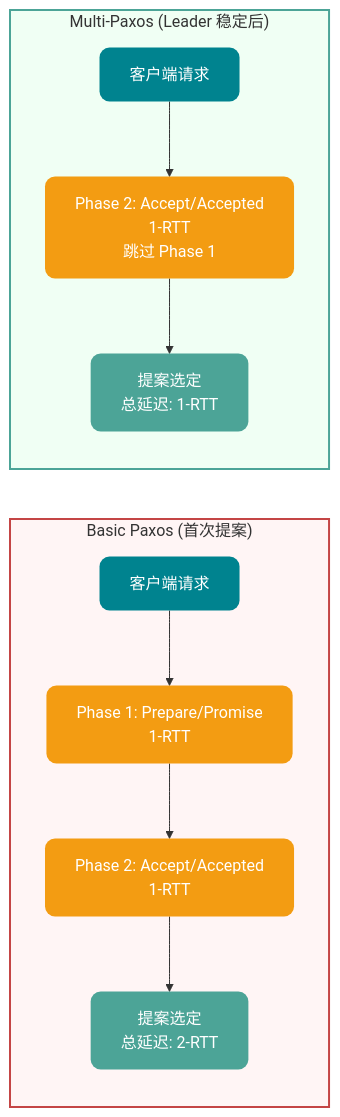
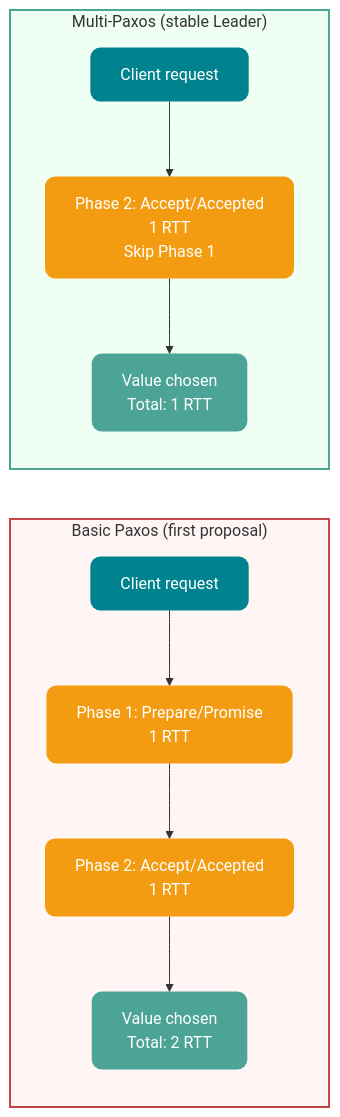
Before and after one commit to m3h3d1/JavaGuideEn: the fourth of 6 diagrams in docs/distributed-system/protocol/paxos-algorithm.md, drawn with Mermaid. The commit also changed other lines of this file and 16 other files, not shown here.

````diff
--- a/docs/distributed-system/protocol/paxos-algorithm.md
+++ b/docs/distributed-system/protocol/paxos-algorithm.md
@@ -251,25 +204,22 @@
 ```mermaid
 flowchart LR
-    subgraph Basic["Basic Paxos (首次提案)"]
+    subgraph Basic["Basic Paxos (first proposal)"]
         direction TB
-        C1[客户端请求] --> P1[Phase 1: Prepare/Promise<br/>1-RTT]
-        P1 --> P2[Phase 2: Accept/Accepted<br/>1-RTT]
-        P2 --> D1[提案选定<br/>总延迟: 2-RTT]
+        C1[Client request] --> P1[Phase 1: Prepare/Promise<br/>1 RTT]
+        P1 --> P2[Phase 2: Accept/Accepted<br/>1 RTT]
+        P2 --> D1[Value chosen<br/>Total: 2 RTT]
     end
-
-    subgraph Multi["Multi-Paxos (Leader 稳定后)"]
+    subgraph Multi["Multi-Paxos (stable Leader)"]
         direction TB
-        C2[客户端请求] --> A[Phase 2: Accept/Accepted<br/>1-RTT<br/>跳过 Phase 1]
-        A --> D2[提案选定<br/>总延迟: 1-RTT]
+        C2[Client request] --> A[Phase 2: Accept/Accepted<br/>1 RTT<br/>Skip Phase 1]
+        A --> D2[Value chosen<br/>Total: 1 RTT]
     end
-
     style Basic fill:#FFF5F5,color:#333,stroke:#C44545,stroke-width:2px
     style Multi fill:#F0FFF4,color:#333,stroke:#4CA497,stroke-width:2px
     classDef phase fill:#F39C12,color:#FFFFFF,stroke:none,rx:10,ry:10
     classDef client fill:#00838F,color:#FFFFFF,stroke:none,rx:10,ry:10
     classDef done fill:#4CA497,color:#FFFFFF,stroke:none,rx:10,ry:10
-
     class C1,C2 client
     class P1,P2,A phase
     class D1,D2 done
 ```
````
